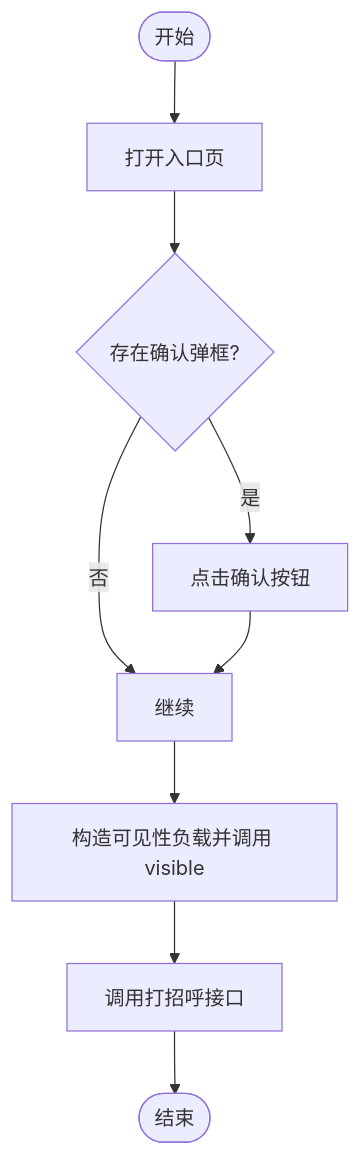
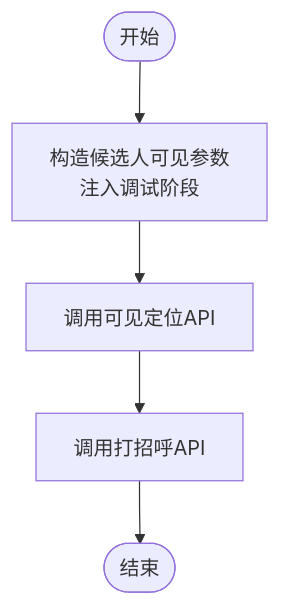
The third of 7 diagrams in .qoder/repowiki/zh/content/本地执行器/平台适配器/Boss直聘适配器/自动问候系统.md (alvinwangzi/goodhr), drawn with Mermaid before and after one commit. The commit also changed other lines of this file and 149 other files, not shown here.

````diff
--- a/.qoder/repowiki/zh/content/本地执行器/平台适配器/Boss直聘适配器/自动问候系统.md
+++ b/.qoder/repowiki/zh/content/本地执行器/平台适配器/Boss直聘适配器/自动问候系统.md
@@ -122,11 +130,7 @@
 ```mermaid
 flowchart TD
-Start(["开始"]) --> Open["打开入口页"]
-Open --> Dialog{"存在确认弹框?"}
-Dialog --> |是| ClickConfirm["点击确认按钮"]
-Dialog --> |否| Next["继续"]
-ClickConfirm --> Next
-Next --> Visible["构造可见性负载并调用 visible"]
-Visible --> Greet["调用打招呼接口"]
+Start(["开始"]) --> Build["构造候选人可见参数<br/>注入调试阶段"]
+Build --> Visible["调用可见定位API"]
+Visible --> Greet["调用打招呼API"]
 Greet --> End(["结束"])
 ```
````
